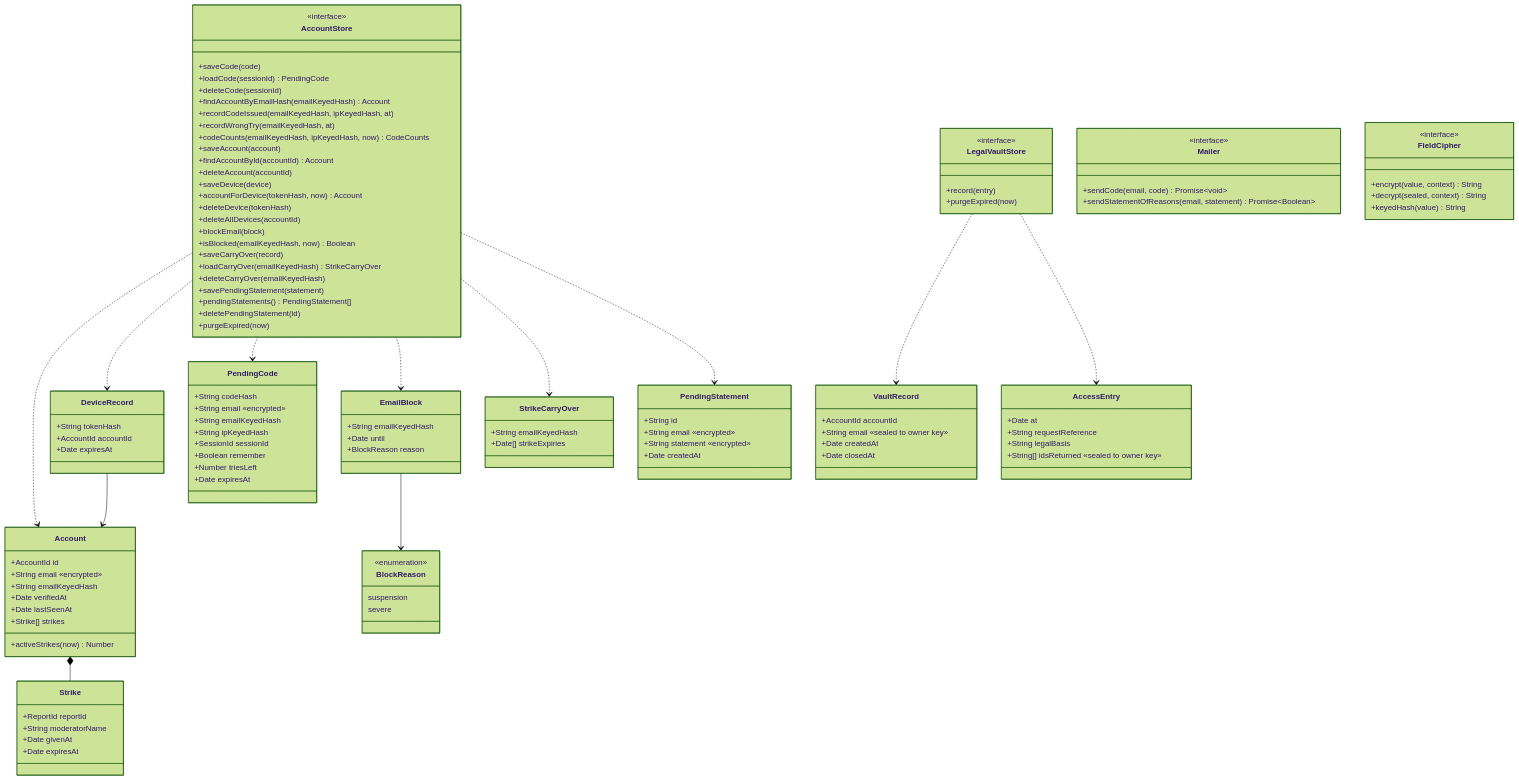
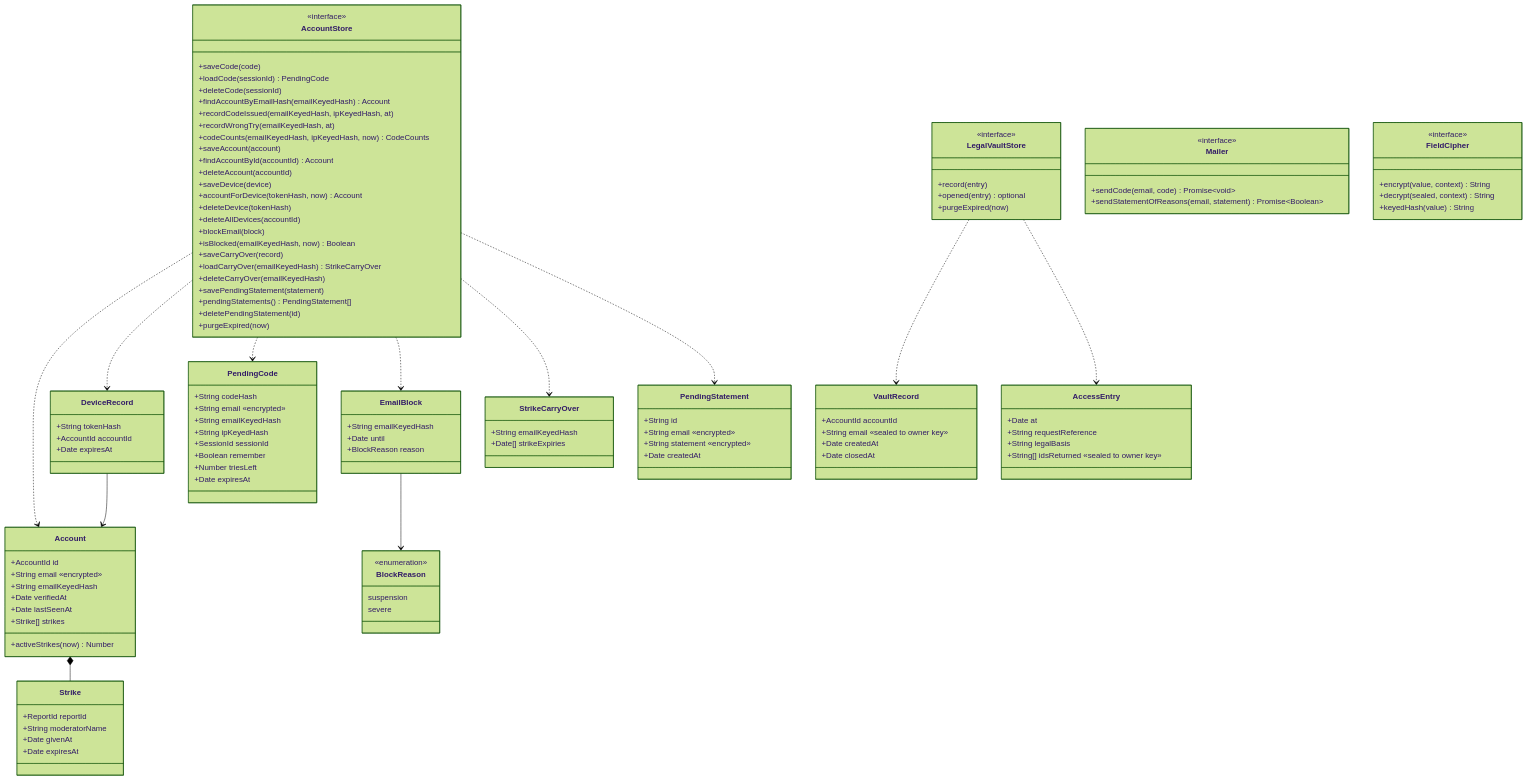
Before and after one commit to benoit-bremaud/asv: the diagram in docs/architecture/diagrams/accounts/04-class.md, drawn with Mermaid (forest theme). The commit also changed other lines of this file and 26 other files, not shown here.

```diff
--- a/docs/architecture/diagrams/accounts/04-class.md
+++ b/docs/architecture/diagrams/accounts/04-class.md
@@ -104,6 +104,7 @@
   class LegalVaultStore {
     <<interface>>
     +record(entry)
+    +opened(entry) optional
     +purgeExpired(now)
   }
   class Mailer {
```
